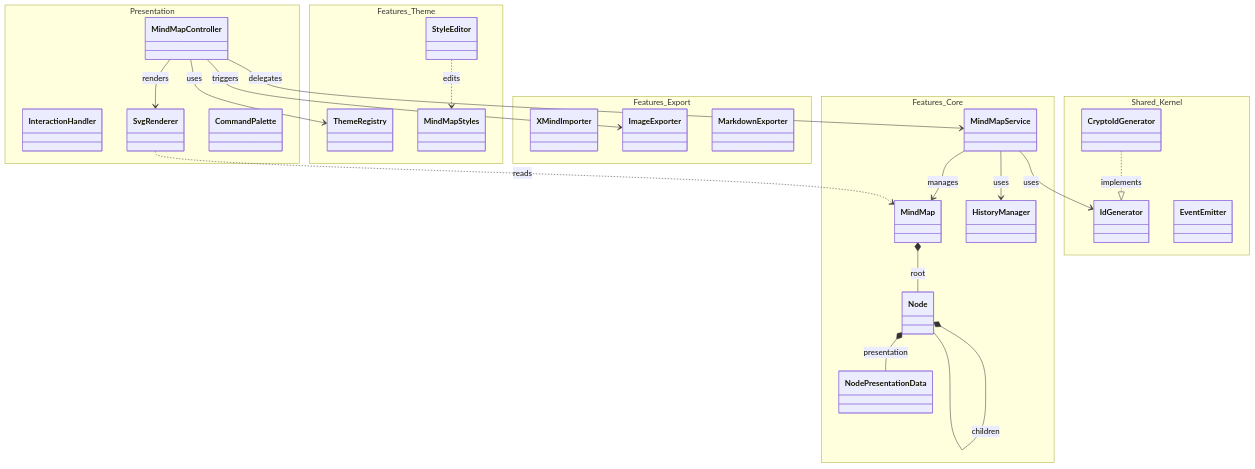
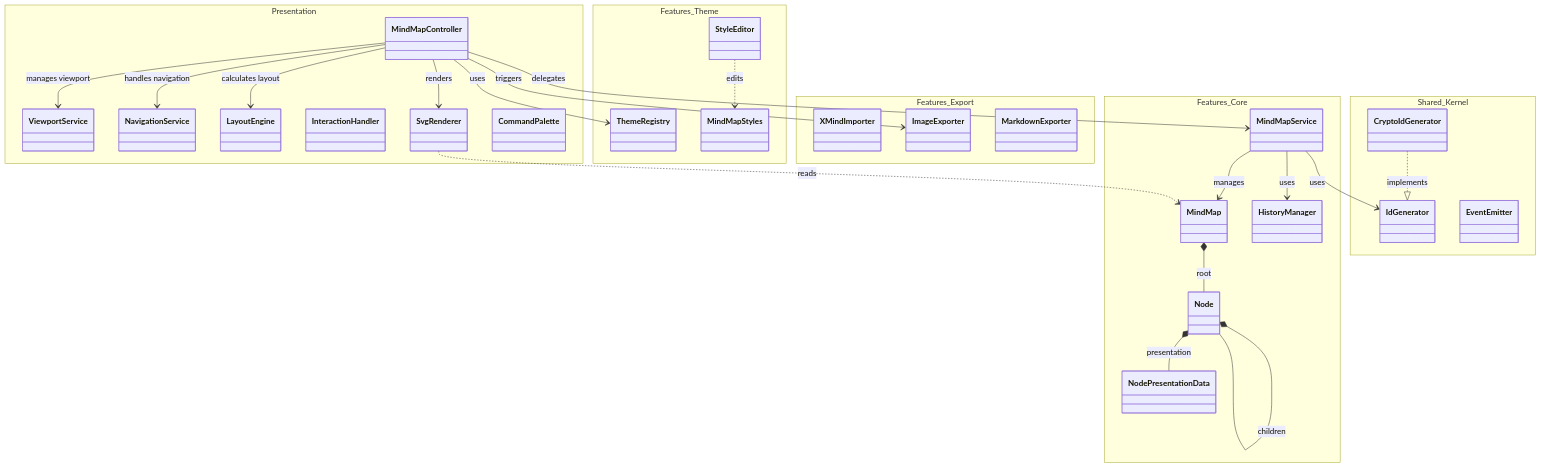
Before and after one commit to hiroooo000/kakidash: the second of 7 diagrams in docs/api/media/SOFTWARE_ARCHITECTURE.md, drawn with Mermaid. The commit also changed other lines of this file and 21 other files, not shown here.

Commit message:
refactor: decompose MindMapController, extract services and fix layout bugs

````diff
--- a/docs/api/media/SOFTWARE_ARCHITECTURE.md
+++ b/docs/api/media/SOFTWARE_ARCHITECTURE.md
@@ -67,56 +67,62 @@
 ```mermaid
 classDiagram
     direction TB
 
     namespace Presentation {
         class MindMapController
+        class ViewportService
+        class NavigationService
+        class LayoutEngine
         class InteractionHandler
         class SvgRenderer
         class CommandPalette
     }
 
     namespace Features_Core {
         class MindMapService
         class MindMap
         class Node
         class NodePresentationData
         class HistoryManager
     }
 
     namespace Features_Theme {
         class ThemeRegistry
         class StyleEditor
         class MindMapStyles
     }
 
     namespace Features_Export {
         class XMindImporter
         class ImageExporter
         class MarkdownExporter
     }
 
     namespace Shared_Kernel {
         class IdGenerator
         class CryptoIdGenerator
         class EventEmitter
     }
 
     %% Relationships
     MindMapController --> MindMapService : delegates
     MindMapController --> ThemeRegistry : uses
     MindMapController --> ImageExporter : triggers
+    MindMapController --> ViewportService : manages viewport
+    MindMapController --> NavigationService : handles navigation
+    MindMapController --> LayoutEngine : calculates layout
     MindMapController --> SvgRenderer : renders
     
     MindMapService --> MindMap : manages
     MindMapService --> HistoryManager : uses
     MindMapService --> IdGenerator : uses
 
     MindMap *-- Node : root
     Node *-- Node : children
     Node *-- NodePresentationData : presentation
 
     SvgRenderer ..> MindMap : reads
     StyleEditor ..> MindMapStyles : edits
     
     CryptoIdGenerator ..|> IdGenerator : implements
 ```
````
